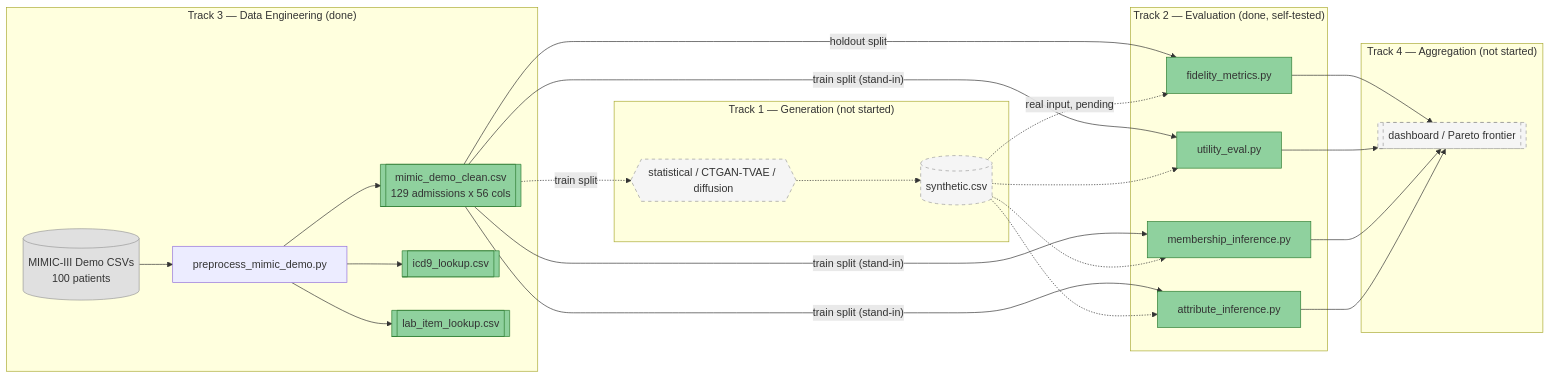
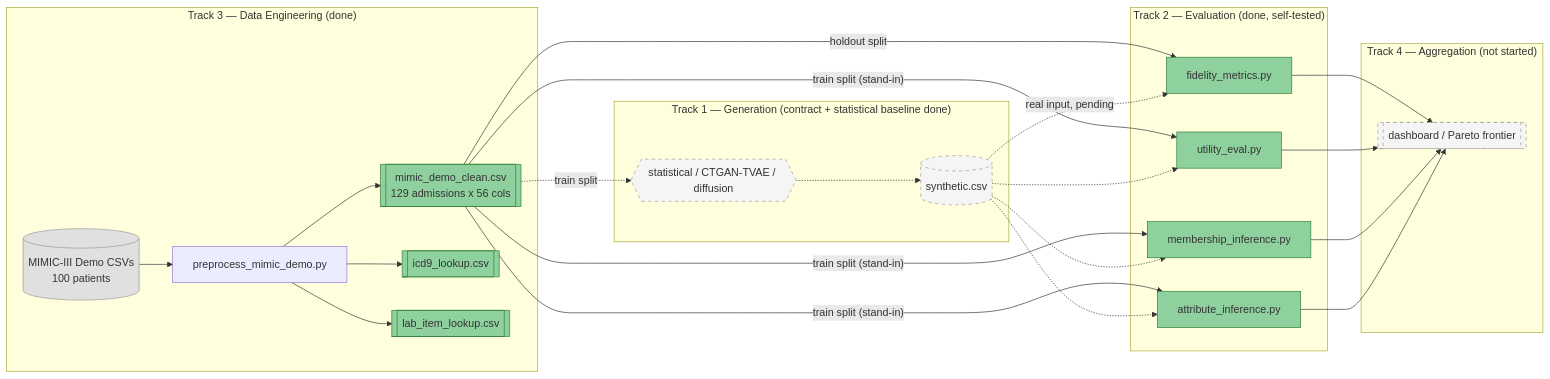
The diagram in README.md (Ganglet/Doppel), drawn with Mermaid before and after one commit. The commit also changed other lines of this file and 1 other file, not shown here.

````diff
--- a/README.md
+++ b/README.md
@@ -23,44 +23,44 @@
 ```mermaid
 flowchart LR
     subgraph T3["Track 3 — Data Engineering (done)"]
         RAW[("MIMIC-III Demo CSVs\n100 patients")] --> PREP["preprocess_mimic_demo.py"]
         PREP --> CLEAN[["mimic_demo_clean.csv\n129 admissions x 56 cols"]]
         PREP --> ICD[["icd9_lookup.csv"]]
         PREP --> LAB[["lab_item_lookup.csv"]]
     end
 
-    subgraph T1["Track 1 — Generation (not started)"]
+    subgraph T1["Track 1 — Generation (contract + statistical baseline done)"]
         CLEAN -. train split .-> GEN{{"statistical / CTGAN-TVAE / diffusion"}}
         GEN -.-> SYN[("synthetic.csv")]
     end
 
     subgraph T2["Track 2 — Evaluation (done, self-tested)"]
         CLEAN -- holdout split --> FID["fidelity_metrics.py"]
         CLEAN -- "train split (stand-in)" --> UTIL["utility_eval.py"]
         CLEAN -- "train split (stand-in)" --> MIA["membership_inference.py"]
         CLEAN -- "train split (stand-in)" --> ATTR["attribute_inference.py"]
         SYN -. "real input, pending" .-> FID
         SYN -.-> UTIL
         SYN -.-> MIA
         SYN -.-> ATTR
     end
 
     subgraph T4["Track 4 — Aggregation (not started)"]
         FID --> DASH[["dashboard / Pareto frontier"]]
         UTIL --> DASH
         MIA --> DASH
         ATTR --> DASH
     end
 
     style RAW fill:#e0e0e0,stroke:#999
     style CLEAN fill:#8fd19e,stroke:#2e7d32
     style ICD fill:#8fd19e,stroke:#2e7d32
     style LAB fill:#8fd19e,stroke:#2e7d32
     style GEN fill:#f5f5f5,stroke:#999,stroke-dasharray: 5 5
     style SYN fill:#f5f5f5,stroke:#999,stroke-dasharray: 5 5
     style FID fill:#8fd19e,stroke:#2e7d32
     style UTIL fill:#8fd19e,stroke:#2e7d32
     style MIA fill:#8fd19e,stroke:#2e7d32
     style ATTR fill:#8fd19e,stroke:#2e7d32
     style DASH fill:#f5f5f5,stroke:#999,stroke-dasharray: 5 5
 ```
````
